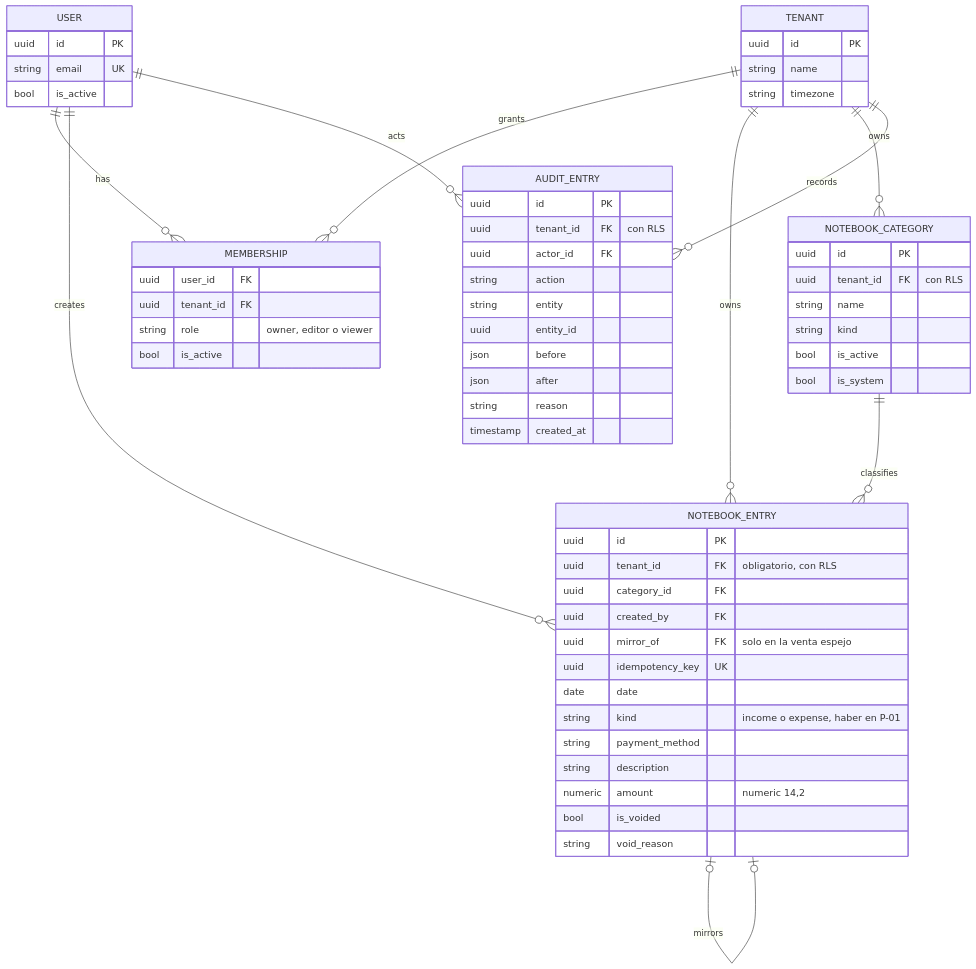
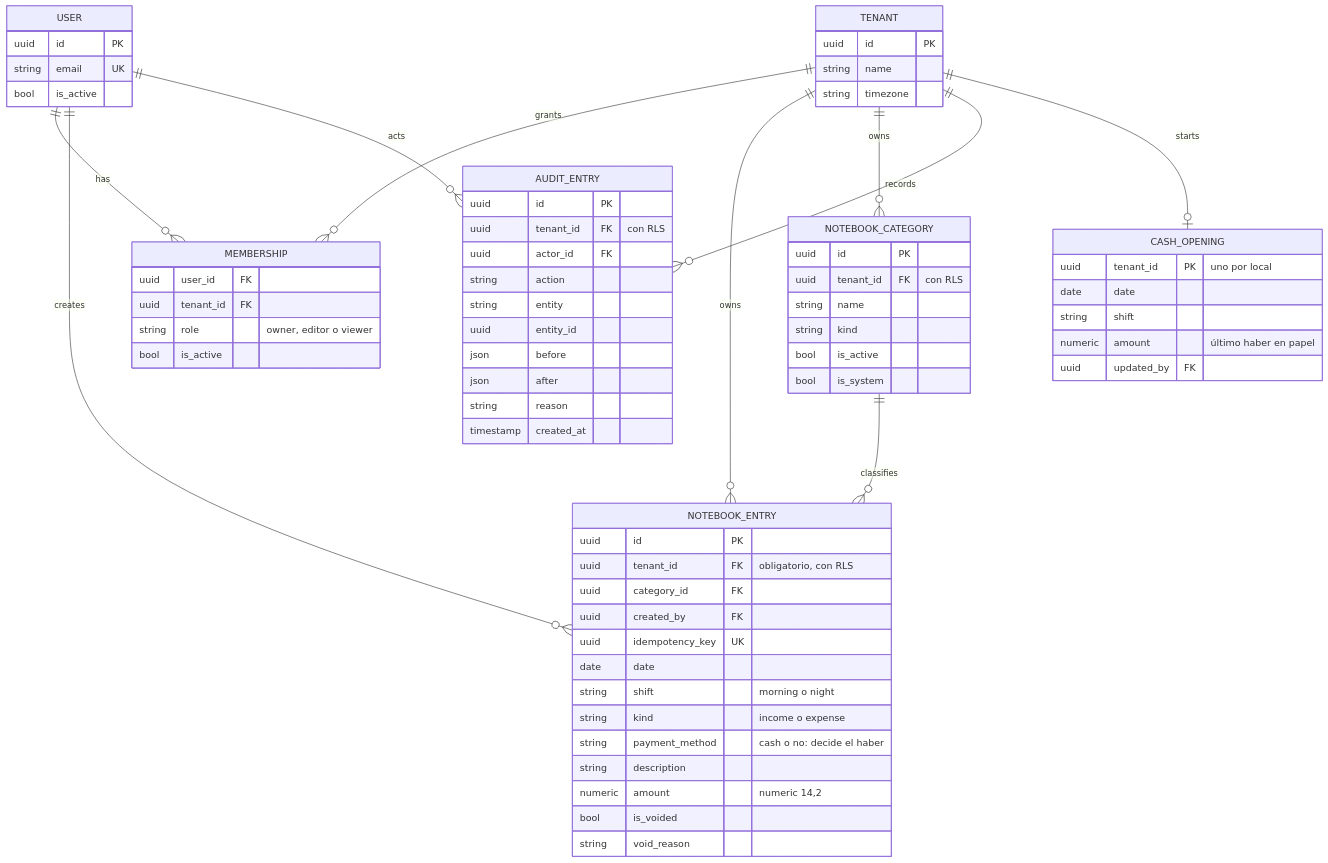
One commit to aleharo2003/floky-cuadernos changed the diagram in docs/diagramas/04-datos.md. Above: the diagram before and after it, drawn with Mermaid. The commit also changed other lines of this file and 45 other files, not shown here.

First line of the commit message:
Document the cash box by shift (P-01, P-02 answered)

````diff
--- a/docs/diagramas/04-datos.md
+++ b/docs/diagramas/04-datos.md
@@ -12,63 +12,70 @@
 ```mermaid
 erDiagram
     USER ||--o{ MEMBERSHIP : has
     TENANT ||--o{ MEMBERSHIP : grants
     TENANT ||--o{ NOTEBOOK_ENTRY : owns
     TENANT ||--o{ NOTEBOOK_CATEGORY : owns
     TENANT ||--o{ AUDIT_ENTRY : records
     USER ||--o{ NOTEBOOK_ENTRY : creates
     USER ||--o{ AUDIT_ENTRY : acts
     NOTEBOOK_CATEGORY ||--o{ NOTEBOOK_ENTRY : classifies
-    NOTEBOOK_ENTRY |o--o| NOTEBOOK_ENTRY : mirrors
+    TENANT ||--o| CASH_OPENING : starts
     USER {
         uuid id PK
         string email UK
         bool is_active
     }
     TENANT {
         uuid id PK
         string name
         string timezone
     }
     MEMBERSHIP {
         uuid user_id FK
         uuid tenant_id FK
         string role "owner, editor o viewer"
         bool is_active
     }
     NOTEBOOK_ENTRY {
         uuid id PK
         uuid tenant_id FK "obligatorio, con RLS"
         uuid category_id FK
         uuid created_by FK
-        uuid mirror_of FK "solo en la venta espejo"
         uuid idempotency_key UK
         date date
-        string kind "income o expense, haber en P-01"
-        string payment_method
+        string shift "morning o night"
+        string kind "income o expense"
+        string payment_method "cash o no: decide el haber"
         string description
         numeric amount "numeric 14,2"
         bool is_voided
         string void_reason
+    }
+    CASH_OPENING {
+        uuid tenant_id PK "uno por local"
+        date date
+        string shift
+        numeric amount "último haber en papel"
+        uuid updated_by FK
     }
     NOTEBOOK_CATEGORY {
         uuid id PK
         uuid tenant_id FK "con RLS"
         string name
         string kind
         bool is_active
         bool is_system
     }
     AUDIT_ENTRY {
         uuid id PK
         uuid tenant_id FK "con RLS"
         uuid actor_id FK
         string action
         string entity
         uuid entity_id
         json before
         json after
         string reason
         timestamp created_at
     }
 ```
````
